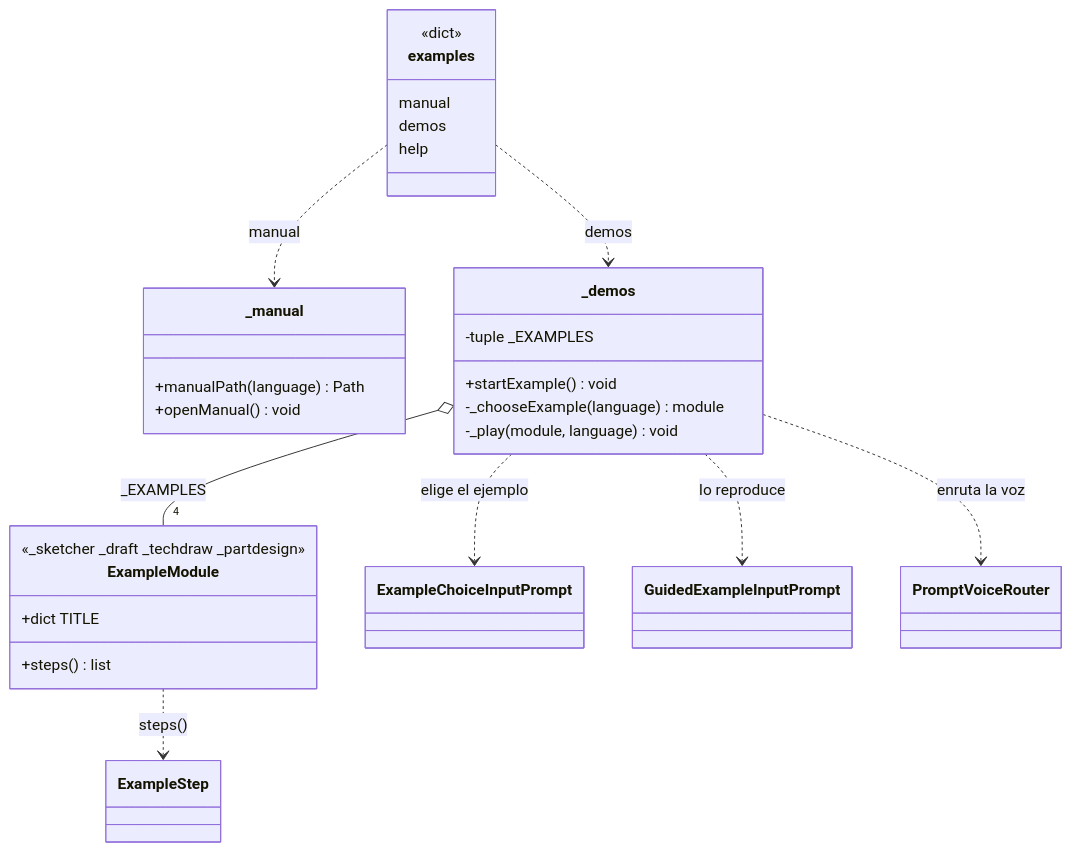
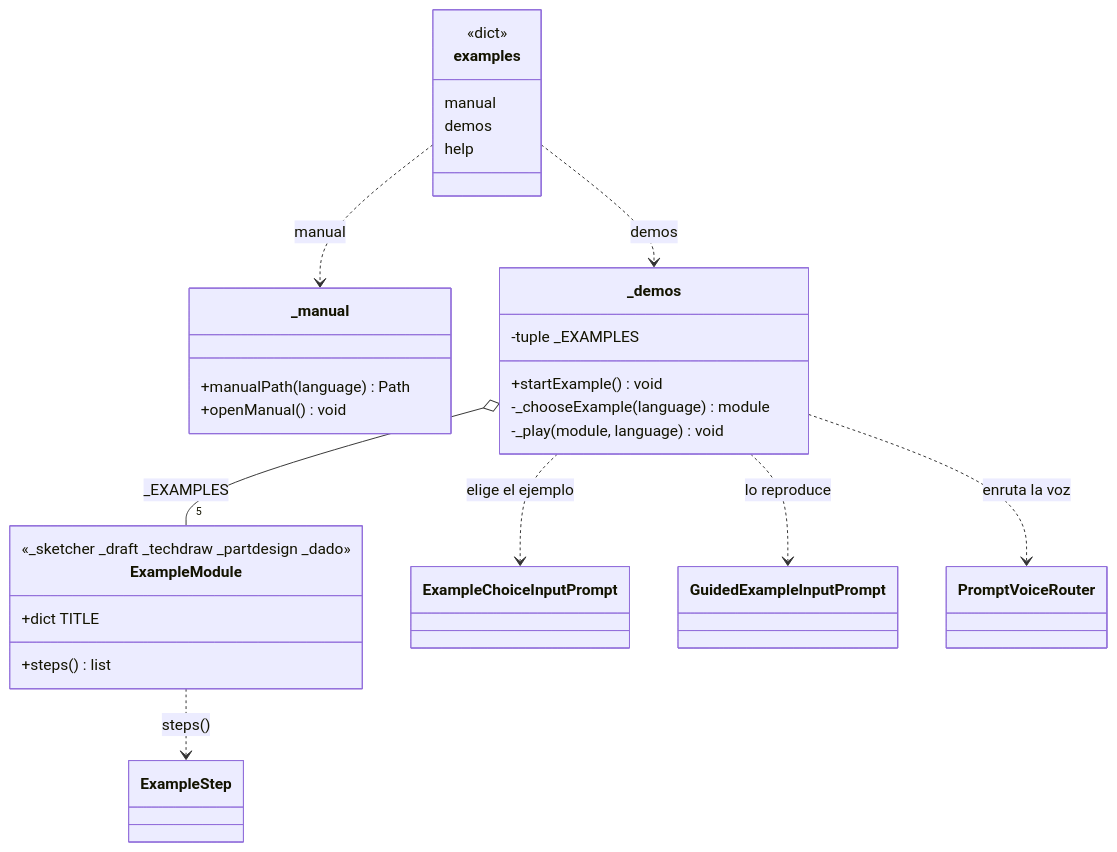
Before and after one commit to DAv-Project-Team-UADER/DAV: the diagram in Dav/docs/diagramas/Examples.md, drawn with Mermaid. The commit also changed other lines of this file and 18 other files, not shown here.

````diff
--- a/Dav/docs/diagramas/Examples.md
+++ b/Dav/docs/diagramas/Examples.md
@@ -10,40 +10,40 @@
 ```mermaid
 classDiagram
     class examples {
         <<dict>>
         manual
         demos
         help
     }
 
     class _manual {
         +manualPath(language) Path
         +openManual() void
     }
 
     class _demos {
         -tuple _EXAMPLES
         +startExample() void
         -_chooseExample(language) module
         -_play(module, language) void
     }
 
     class ExampleModule {
-        <<_sketcher _draft _techdraw _partdesign>>
+        <<_sketcher _draft _techdraw _partdesign _dado>>
         +dict TITLE
         +steps() list
     }
 
     class ExampleChoiceInputPrompt
     class GuidedExampleInputPrompt
     class ExampleStep
     class PromptVoiceRouter
 
     examples ..> _manual : manual
     examples ..> _demos : demos
-    _demos o-- "4" ExampleModule : _EXAMPLES
+    _demos o-- "5" ExampleModule : _EXAMPLES
     _demos ..> ExampleChoiceInputPrompt : elige el ejemplo
     _demos ..> GuidedExampleInputPrompt : lo reproduce
     _demos ..> PromptVoiceRouter : enruta la voz
     ExampleModule ..> ExampleStep : steps()
 ```
````
